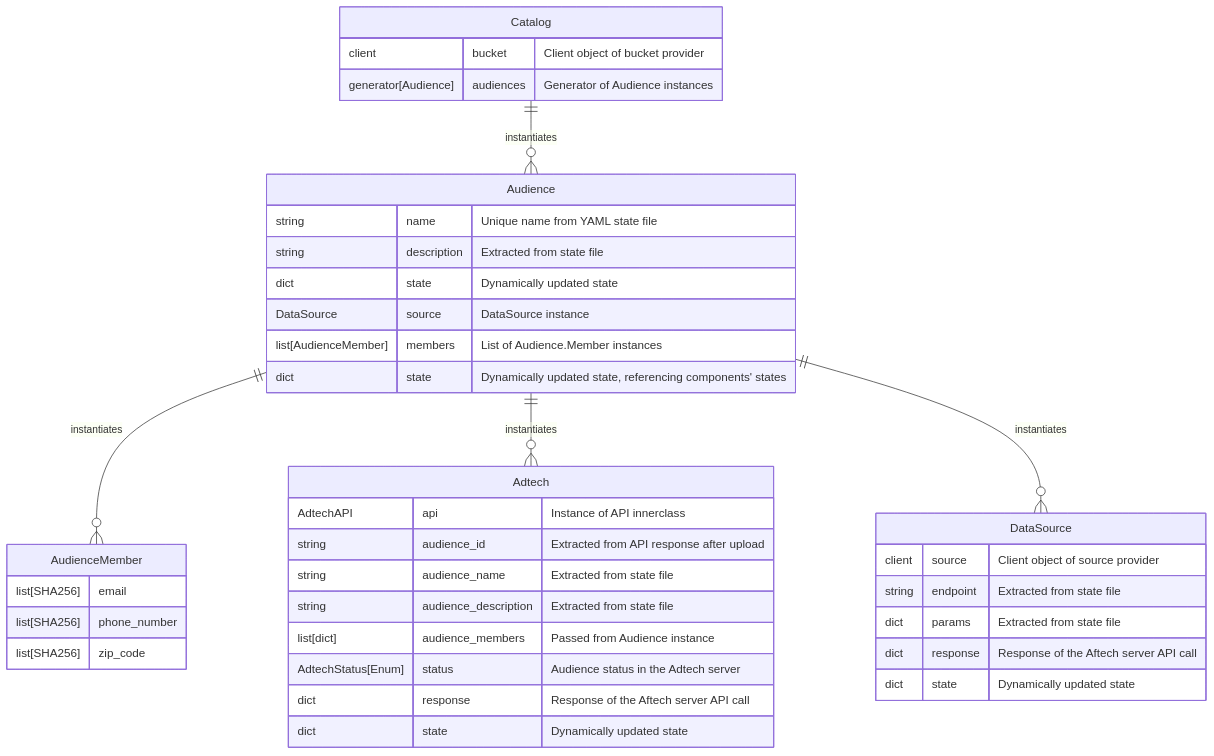
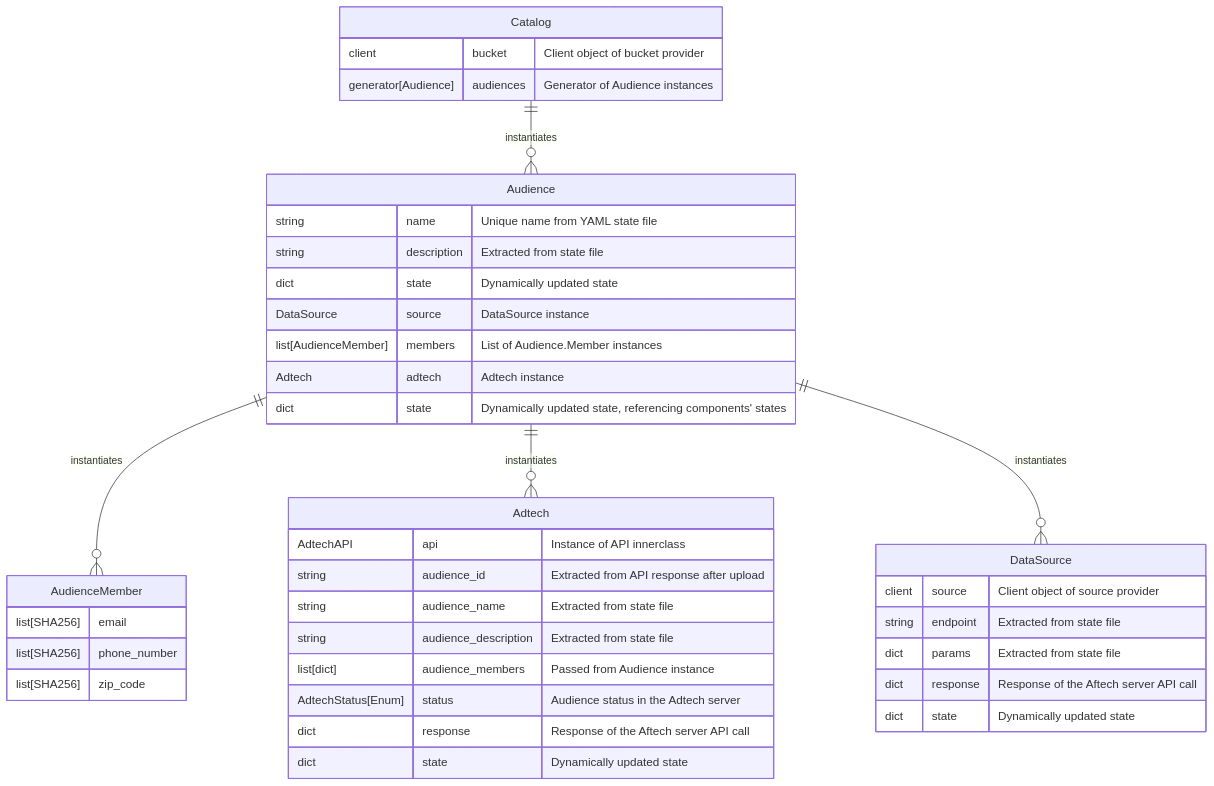
One commit to brunopini/dmp-design-pattern-demo changed the second of 3 diagrams in README.md. Above: the diagram before and after it, drawn with Mermaid.

Commit message:
improved

````diff
--- a/README.md
+++ b/README.md
@@ -67,41 +67,42 @@
 ``` mermaid
 erDiagram
     Catalog ||--o{ Audience : instantiates
     Catalog {
         client bucket "Client object of bucket provider"
         generator[Audience] audiences "Generator of Audience instances"
     }
     Audience ||--o{ AudienceMember : instantiates
     AudienceMember {
         list[SHA256] email
         list[SHA256] phone_number
         list[SHA256] zip_code
     }
     Audience ||--o{ Adtech : instantiates
     Audience {
         string name "Unique name from YAML state file"
         string description "Extracted from state file"
         dict state "Dynamically updated state"
         DataSource source "DataSource instance"
         list[AudienceMember] members "List of Audience.Member instances"
+        Adtech adtech "Adtech instance"
         dict state "Dynamically updated state, referencing components' states"
     }
     Adtech {
         AdtechAPI api "Instance of API innerclass"
         string audience_id "Extracted from API response after upload"
         string audience_name "Extracted from state file"
         string audience_description "Extracted from state file"
         list[dict] audience_members "Passed from Audience instance"
         AdtechStatus[Enum] status "Audience status in the Adtech server"
         dict response "Response of the Aftech server API call"
         dict state "Dynamically updated state"
     }
     Audience ||--o{ DataSource : instantiates
     DataSource {
         client source "Client object of source provider"
         string endpoint "Extracted from state file"
         dict params "Extracted from state file"
         dict response "Response of the Aftech server API call"
         dict state "Dynamically updated state"
     }
 ```
````
